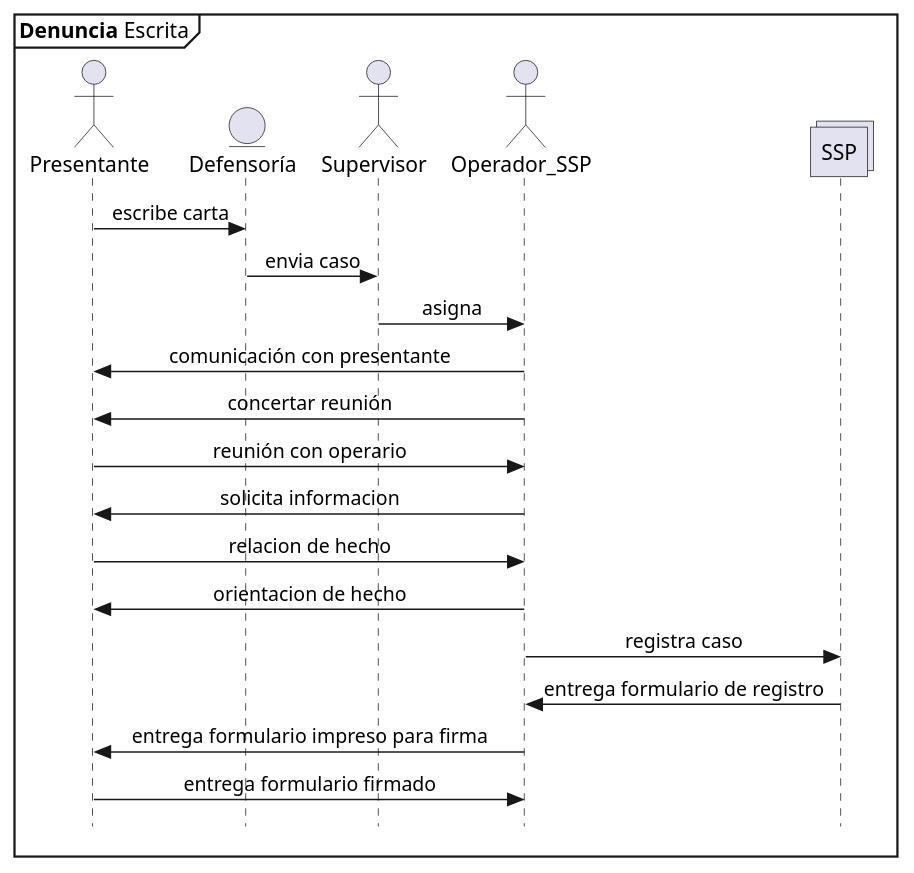
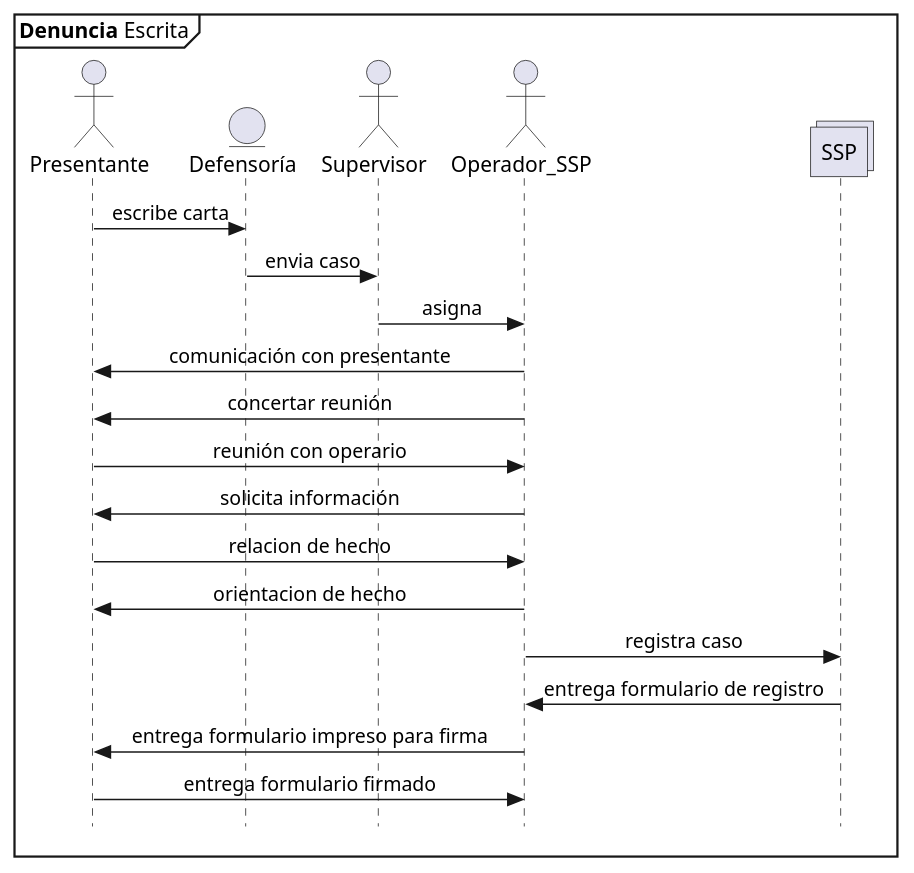
One commit to n1m0d0/defdiag changed the diagram in 04 denuncias por escrito.plantuml. Above: the diagram before and after it, drawn with PlantUML. The commit also changed 14 other files, not shown here.

Commit message:
ajustes a los diagramas

```diff
--- a/04 denuncias por escrito.plantuml
+++ b/04 denuncias por escrito.plantuml
@@ -1,29 +1,29 @@
 @startuml Denuncia_Escrita
 skinparam Style strictuml
 skinparam SequenceMessageAlignment center
 
 mainframe **Denuncia** Escrita
 
 actor Presentante as pre
 entity Defensoría as def
 actor Supervisor as sup
 actor Operador_SSP as opssp
 collections SSP 
 
 pre -> def: escribe carta
 def->sup: envia caso
 sup->opssp: asigna
 opssp->pre:comunicación con presentante
 opssp->pre:concertar reunión
 pre->opssp:reunión con operario
-opssp -> pre : solicita informacion
+opssp -> pre : solicita información
 pre->opssp:relacion de hecho
 opssp->pre:orientacion de hecho
 opssp->SSP:registra caso
 SSP->opssp: entrega formulario de registro
 opssp->pre:entrega formulario impreso para firma
 pre->opssp:entrega formulario firmado
 
 
 
 @enduml
```
